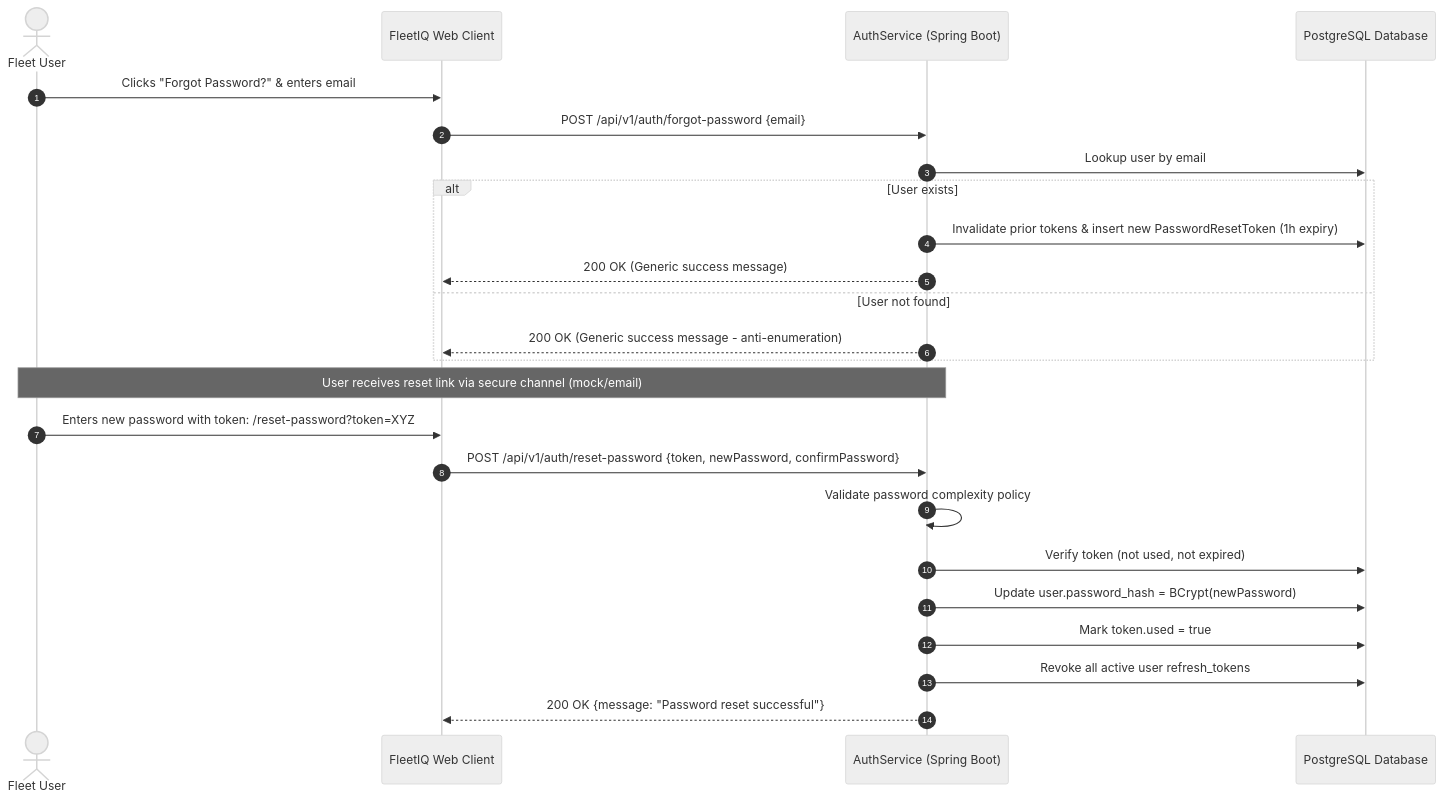
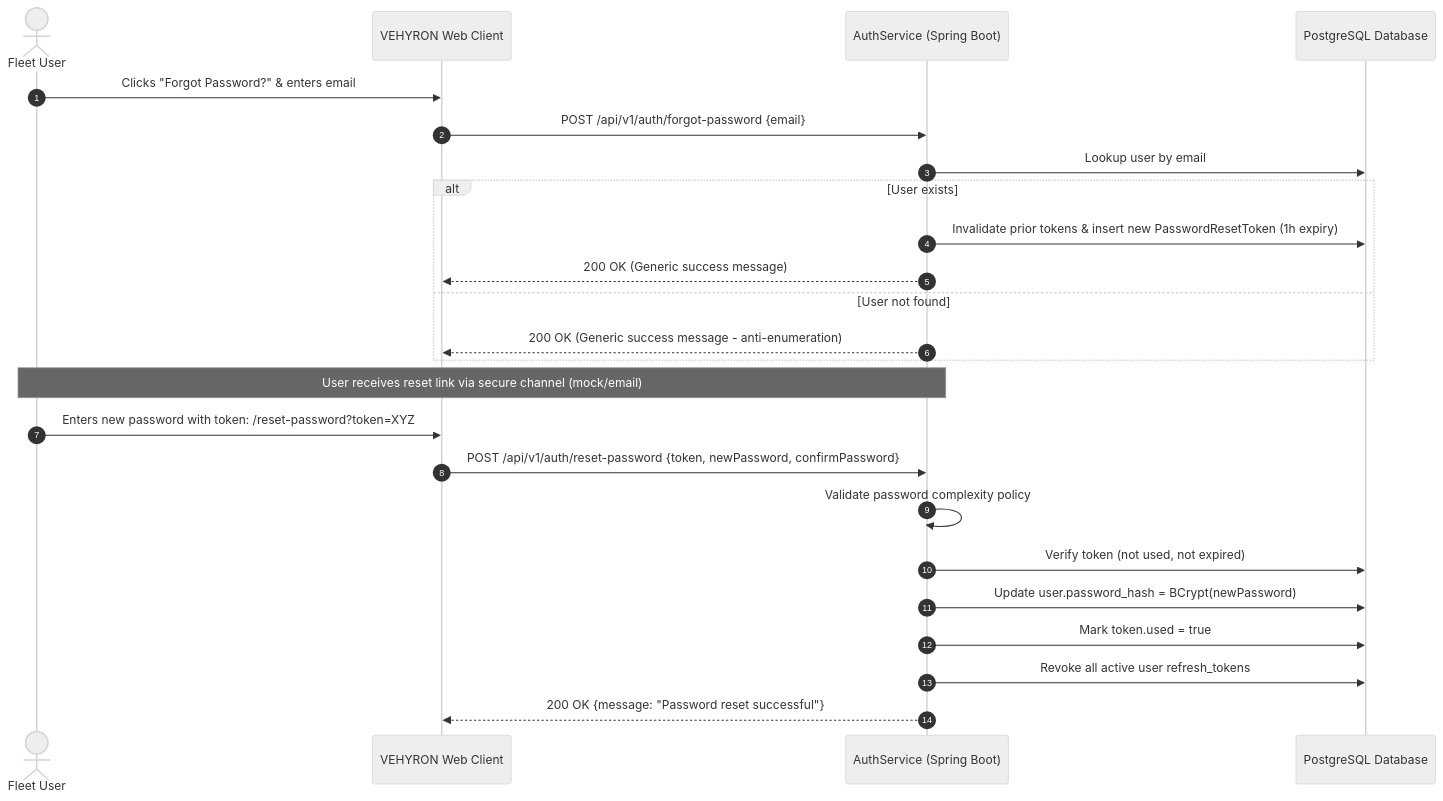
The diagram in docs/security/PASSWORD_POLICY.md (Ajay-4772/fleetIQ), drawn with Mermaid (neutral theme) before and after one commit. The commit also changed other lines of this file and 158 other files, not shown here.

````diff
--- a/docs/security/PASSWORD_POLICY.md
+++ b/docs/security/PASSWORD_POLICY.md
@@ -58,27 +58,27 @@
 ```mermaid
 sequenceDiagram
     autonumber
     actor User as Fleet User
-    participant Client as FleetIQ Web Client
+    participant Client as VEHYRON Web Client
     participant Auth as AuthService (Spring Boot)
     participant DB as PostgreSQL Database
 
     User->>Client: Clicks "Forgot Password?" & enters email
     Client->>Auth: POST /api/v1/auth/forgot-password {email}
     Auth->>DB: Lookup user by email
     alt User exists
         Auth->>DB: Invalidate prior tokens & insert new PasswordResetToken (1h expiry)
         Auth-->>Client: 200 OK (Generic success message)
     else User not found
         Auth-->>Client: 200 OK (Generic success message - anti-enumeration)
     end
     Note over User,Auth: User receives reset link via secure channel (mock/email)
     User->>Client: Enters new password with token: /reset-password?token=XYZ
     Client->>Auth: POST /api/v1/auth/reset-password {token, newPassword, confirmPassword}
     Auth->>Auth: Validate password complexity policy
     Auth->>DB: Verify token (not used, not expired)
     Auth->>DB: Update user.password_hash = BCrypt(newPassword)
     Auth->>DB: Mark token.used = true
     Auth->>DB: Revoke all active user refresh_tokens
     Auth-->>Client: 200 OK {message: "Password reset successful"}
 ```
````
